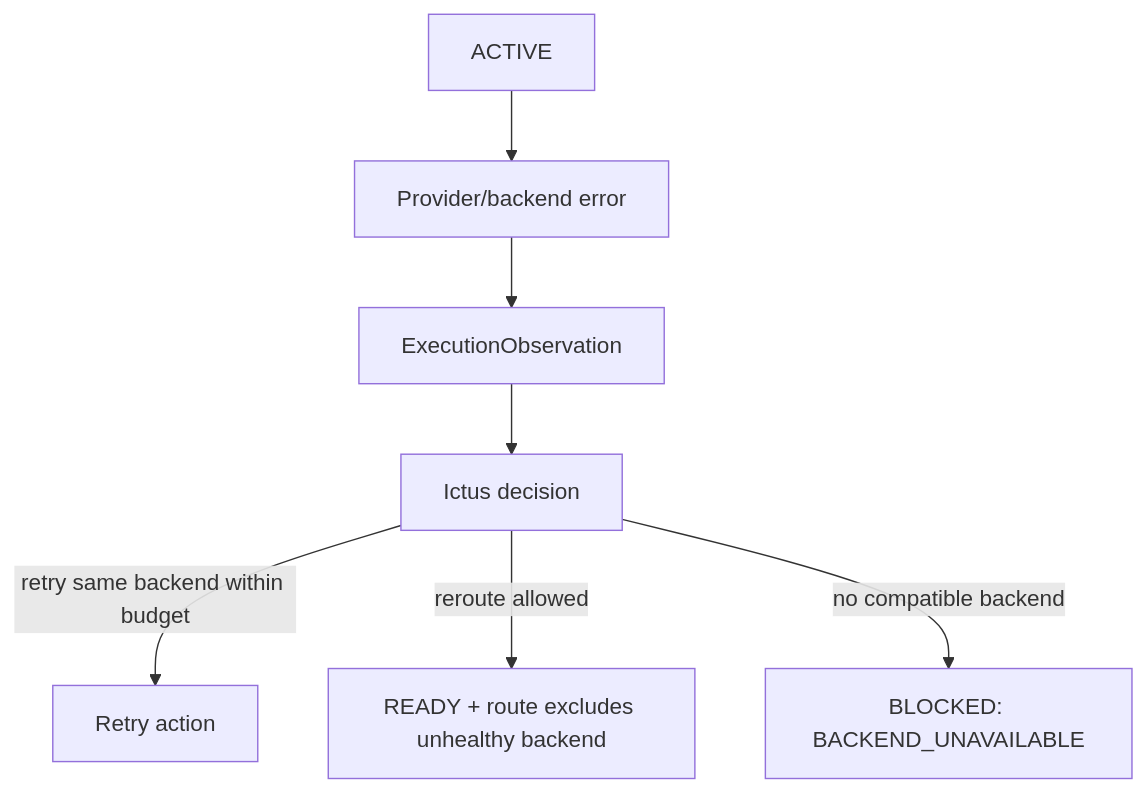
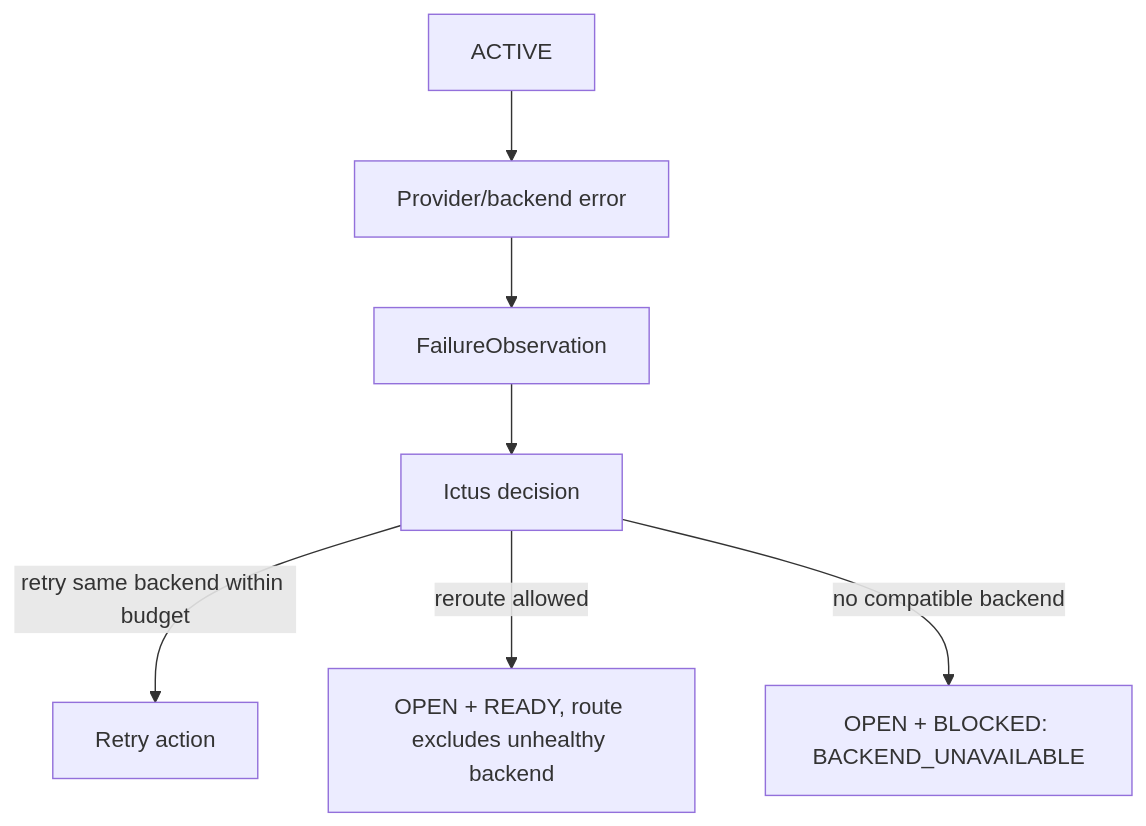
One commit to Walsamer/tactus changed the second of 2 diagrams in docs/architecture/SCHEDULING_AND_BACKENDS.md. Above: the diagram before and after it, drawn with Mermaid. The commit also changed other lines of this file and 6 other files, not shown here.

````diff
--- a/docs/architecture/SCHEDULING_AND_BACKENDS.md
+++ b/docs/architecture/SCHEDULING_AND_BACKENDS.md
@@ -128,9 +133,9 @@
 ```mermaid
 flowchart TD
     ACTIVE --> ERR[Provider/backend error]
-    ERR --> OBS[ExecutionObservation]
+    ERR --> OBS[FailureObservation]
     OBS --> ICTUS[Ictus decision]
     ICTUS -->|retry same backend within budget| RETRY[Retry action]
-    ICTUS -->|reroute allowed| REQUEUE[READY + route excludes unhealthy backend]
-    ICTUS -->|no compatible backend| BLOCK[BLOCKED: BACKEND_UNAVAILABLE]
+    ICTUS -->|reroute allowed| REQUEUE[OPEN + READY, route excludes unhealthy backend]
+    ICTUS -->|no compatible backend| BLOCK[OPEN + BLOCKED: BACKEND_UNAVAILABLE]
 ```
````
